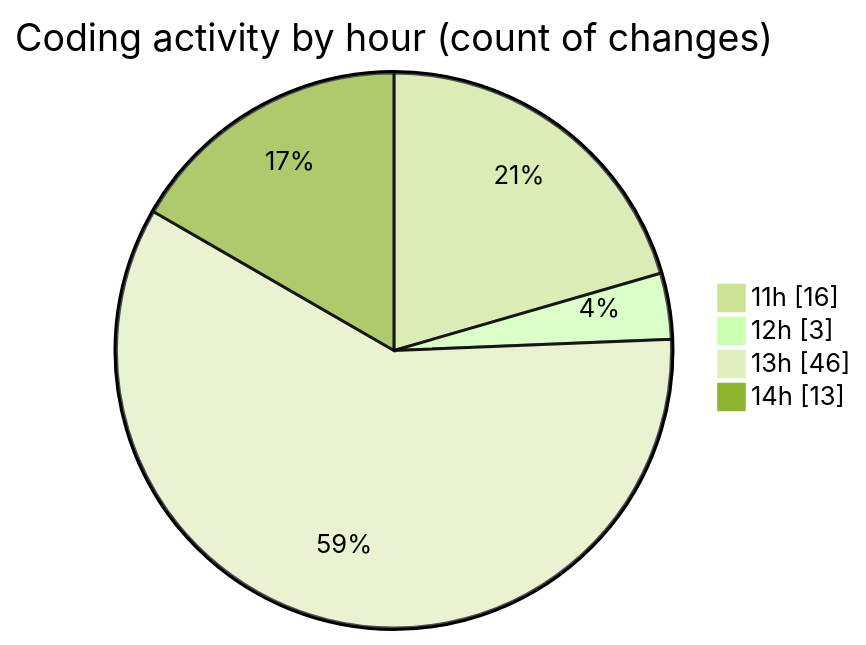
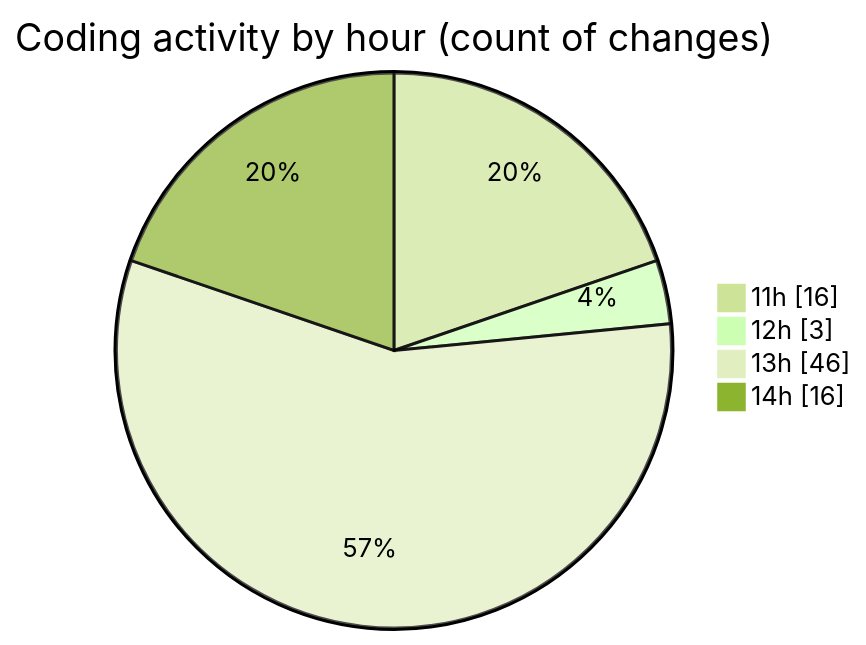
The second of 2 diagrams in 2025-07-08/argos/README.md (nxtqubesakshisongat/code-tracking), drawn with Mermaid (forest theme) before and after one commit. The commit also changed other lines of this file and 1 other file, not shown here.

````diff
--- a/2025-07-08/argos/README.md
+++ b/2025-07-08/argos/README.md
@@ -33,8 +33,8 @@
 ```mermaid
 pie showData
 title Coding activity by hour (count of changes)
 "11h" : 16
 "12h" : 3
 "13h" : 46
-"14h" : 13
+"14h" : 16
 ```
````
